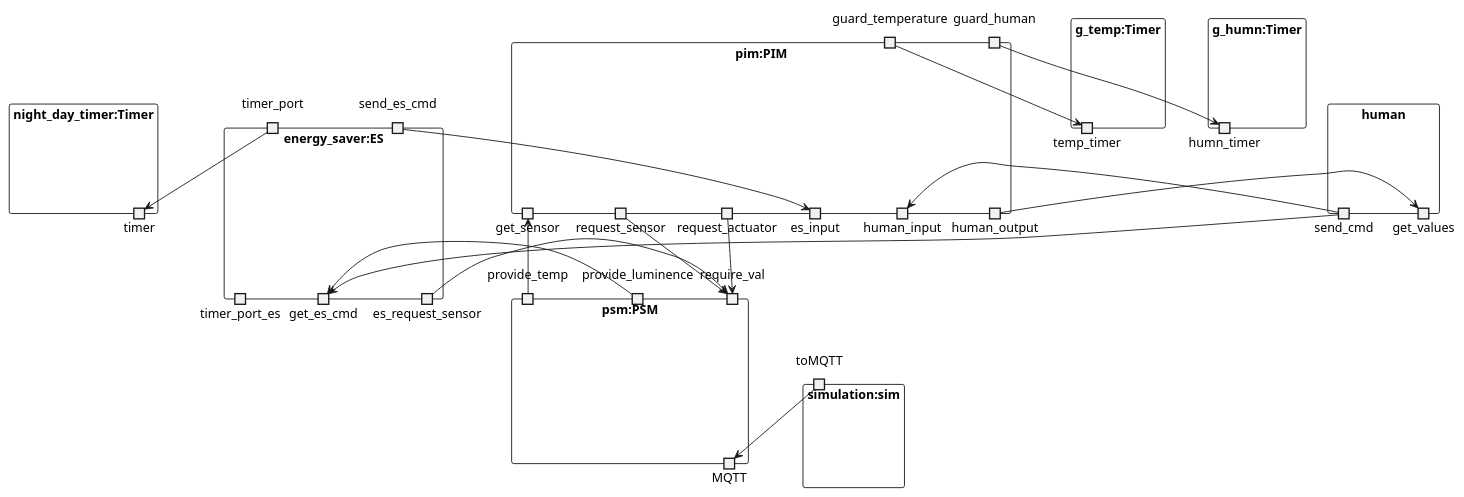
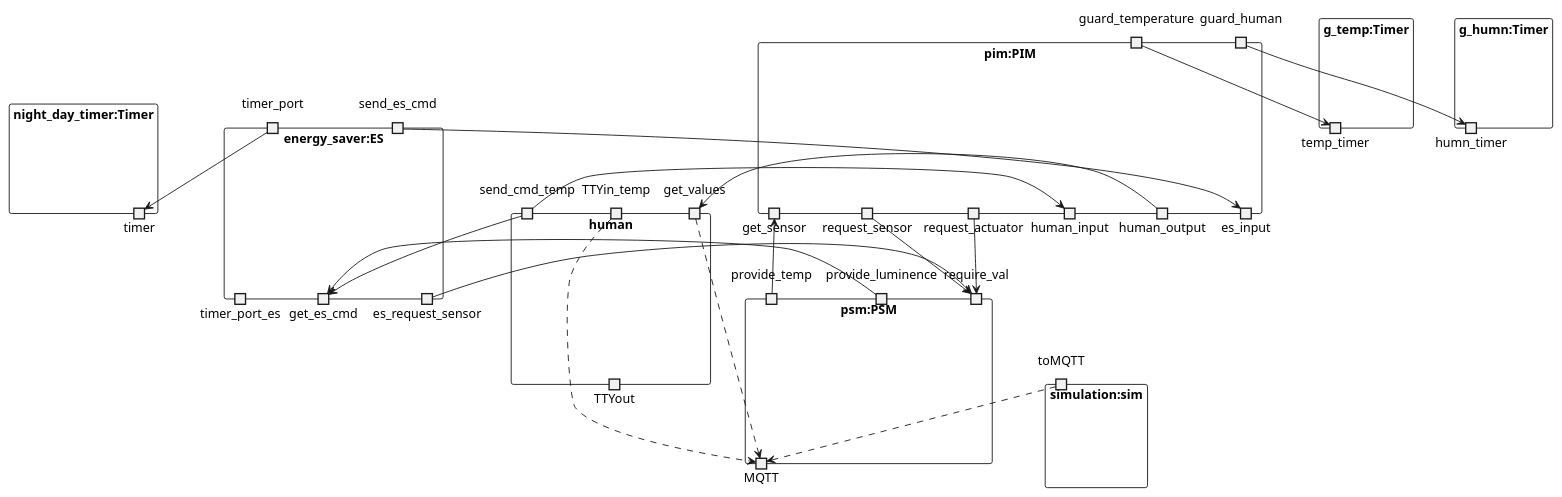
Before and after one commit to Tobhal/HIOF-Models-and-Digital-Twins: the diagram in Oblig2/TheRoomX4D2.MQTT.sim/Diagrams/architecture.plantuml, drawn with PlantUML. The commit also changed 5 other files, not shown here.

```diff
--- a/Oblig2/TheRoomX4D2.MQTT.sim/Diagrams/architecture.plantuml
+++ b/Oblig2/TheRoomX4D2.MQTT.sim/Diagrams/architecture.plantuml
@@ -1,90 +1,97 @@
 @startuml X3D2_MQTT_SIM
 
 'Timers
 rectangle night_day_timer:Timer {
     portout timer
 }
 
 rectangle g_temp:Timer {
     portout temp_timer
 }
 
 rectangle g_humn:Timer {
     portout humn_timer
 }
 
 'human
 rectangle human {
-    portout get_values
-    portout send_cmd
+    port send_cmd_temp
+    port get_values
+
+    portin TTYin_temp
+    portout TTYout
 }
 
 'PIM
 rectangle pim:PIM {
     portout get_sensor
     portout request_sensor
     portout request_actuator
     portout human_input
     portout human_output
 
     portout es_input
 
     'guards
     port guard_temperature
     port guard_human
 }
 
 'PSM
 rectangle psm:PSM {
     portin provide_temp
     portin provide_luminence
     portin require_val
 
     portout MQTT
 }
 
 'SIM
 rectangle simulation:sim {
     port toMQTT
 }
 
 'energy saver
 rectangle energy_saver:ES {
     portin send_es_cmd
 
     portin timer_port
 
     portout get_es_cmd
 
     'es prefix for clarity
     portout es_request_sensor
 
     portout timer_port_es
 }
 
 'PSM
 provide_temp --> get_sensor
 provide_luminence --> get_es_cmd
 
-'Simulation
-toMQTT --> MQTT
+'Simulation, over mqtt
+toMQTT -.> MQTT
+
+'TTY, over stdin
+get_values -.> MQTT 
+TTYin_temp -.> MQTT
 
 'Human
-send_cmd --> human_input
-send_cmd --> get_es_cmd
+send_cmd_temp --> human_input
+send_cmd_temp --> get_es_cmd
 
 'ES
 send_es_cmd --> es_input
 timer_port --> timer
 es_request_sensor --> require_val
 
 'PIM
 request_sensor --> require_val
 request_actuator --> require_val
 
 human_output --> get_values
 
 guard_temperature --> temp_timer
 guard_human --> humn_timer
 
 @enduml
```
